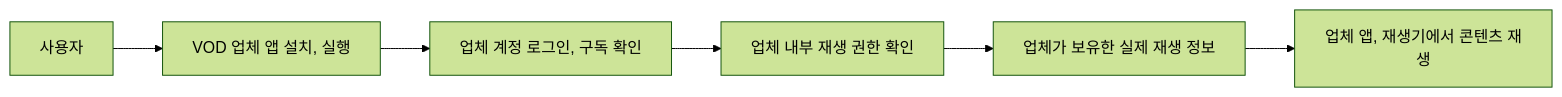
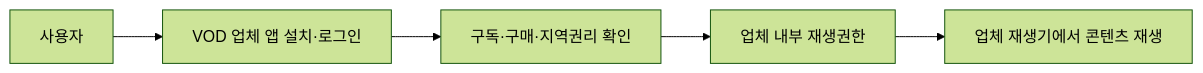
Before and after one commit to growdai1y/instant-play: the ninth of 14 diagrams in instant_play_직무발명서.md, drawn with Mermaid (forest theme). The commit also changed other lines of this file and 1 other file, not shown here.

````diff
--- a/instant_play_직무발명서.md
+++ b/instant_play_직무발명서.md
@@ -1171,8 +1280,7 @@
 ```mermaid
 flowchart LR
-    USER["사용자"] --> APP["VOD 업체 앱 설치, 실행"]
-    APP --> LOGIN["업체 계정 로그인, 구독 확인"]
-    LOGIN --> RIGHTS["업체 내부 재생 권한 확인"]
-    RIGHTS --> INFO["업체가 보유한 실제 재생 정보"]
-    INFO --> PLAYER["업체 앱, 재생기에서 콘텐츠 재생"]
+    A["사용자"] --> B["VOD 업체 앱 설치·로그인"]
+    B --> C["구독·구매·지역권리 확인"]
+    C --> D["업체 내부 재생권한"]
+    D --> E["업체 재생기에서 콘텐츠 재생"]
 ```
````
